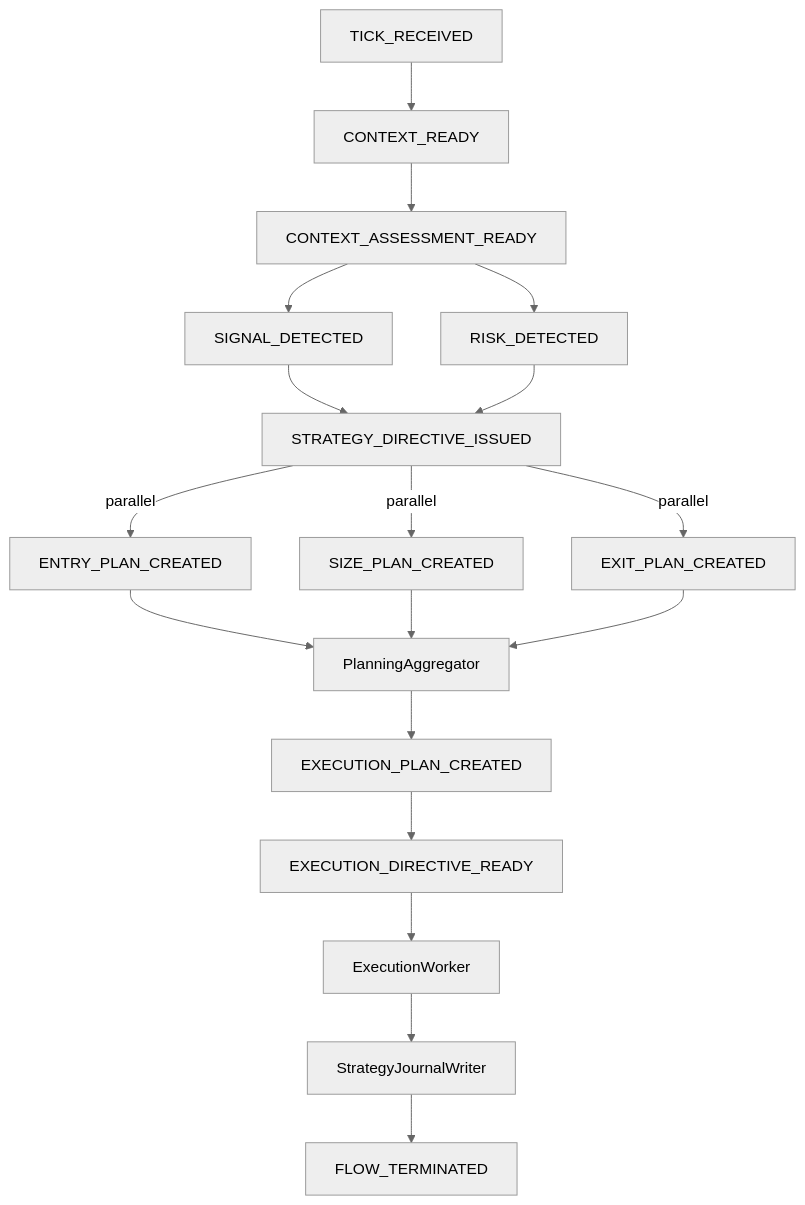
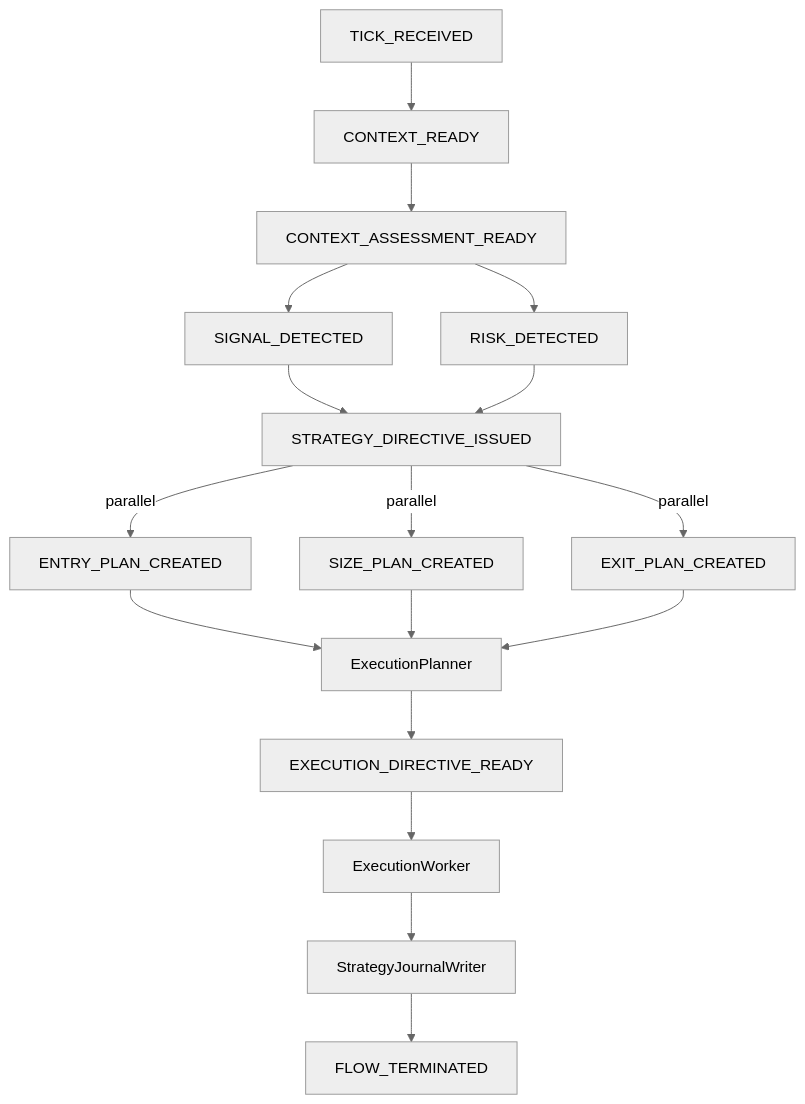
One commit to MikeyVK/S1mpleTraderV3 changed the second of 2 diagrams in docs/architecture/PIPELINE_FLOW.md. Above: the diagram before and after it, drawn with Mermaid (neutral theme). The commit also changed other lines of this file and 1 other file, not shown here.

First line of the commit message:
docs(architecture): fix TickCache terminology + remove PlanningAggregator

````diff
--- a/docs/architecture/PIPELINE_FLOW.md
+++ b/docs/architecture/PIPELINE_FLOW.md
@@ -527,27 +523,25 @@
 ```mermaid
 graph TD
     TR[TICK_RECEIVED] --> CR[CONTEXT_READY]
     CR --> CAR[CONTEXT_ASSESSMENT_READY]
     
     CAR --> SD[SIGNAL_DETECTED]
     CAR --> RD[RISK_DETECTED]
     
     SD --> SDI[STRATEGY_DIRECTIVE_ISSUED]
     RD --> SDI
     
     SDI -->|parallel| EPC[ENTRY_PLAN_CREATED]
     SDI -->|parallel| SPC[SIZE_PLAN_CREATED]
     SDI -->|parallel| XPC[EXIT_PLAN_CREATED]
     
-    EPC --> PA[PlanningAggregator]
-    SPC --> PA
-    XPC --> PA
+    EPC --> EP[ExecutionPlanner]
+    SPC --> EP
+    XPC --> EP
     
-    PA --> EPL[EXECUTION_PLAN_CREATED]
-    
-    EPL --> EDR[EXECUTION_DIRECTIVE_READY]
+    EP --> EDR[EXECUTION_DIRECTIVE_READY]
     
     EDR --> EW[ExecutionWorker]
     EW --> SJW[StrategyJournalWriter]
     SJW --> FS[FLOW_TERMINATED]
 ```
````
